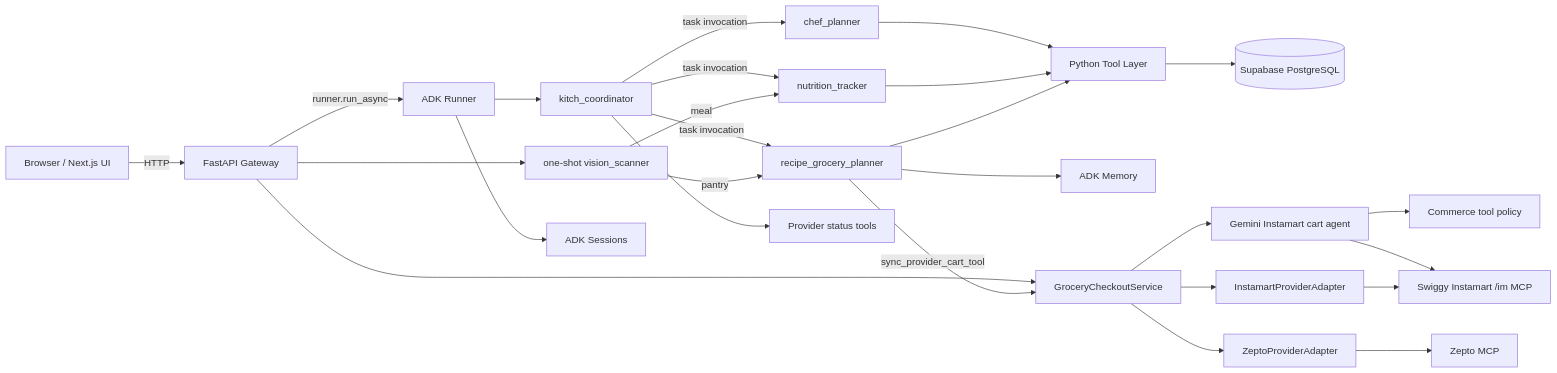
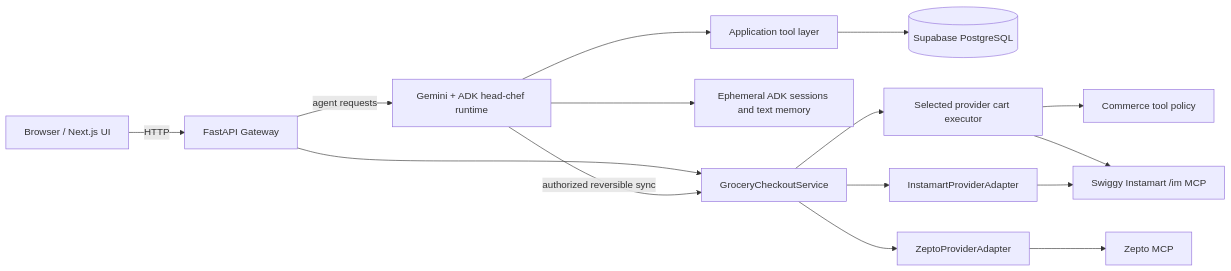
The first of 2 diagrams in docs/system_architecture.md (architworks/meal_and_grocery_agent), drawn with Mermaid before and after one commit. The commit also changed other lines of this file and 9 other files, not shown here.

First line of the commit message:
[Docs] Consolidate architecture and operational documentation

````diff
--- a/docs/system_architecture.md
+++ b/docs/system_architecture.md
@@ -32,31 +31,18 @@
 ```mermaid
 flowchart LR
     Browser[Browser / Next.js UI] -->|HTTP| API[FastAPI Gateway]
-    API -->|runner.run_async| Runner[ADK Runner]
-    Runner --> Coordinator[kitch_coordinator]
-    Coordinator -->|task invocation| Chef[chef_planner]
-    Coordinator -->|task invocation| RecipeGrocery[recipe_grocery_planner]
-    Coordinator -->|task invocation| Nutrition[nutrition_tracker]
-    Coordinator --> ProviderReadTools[Provider status tools]
-    API --> Vision[one-shot vision_scanner]
-    Vision -->|meal| Nutrition
-    Vision -->|pantry| RecipeGrocery
-
-    Chef --> Tools[Python Tool Layer]
-    Nutrition --> Tools
-    RecipeGrocery --> Tools
-
+    API -->|agent requests| AgentRuntime[Gemini + ADK head-chef runtime]
+    AgentRuntime --> Tools[Application tool layer]
     Tools --> Supabase[(Supabase PostgreSQL)]
-    RecipeGrocery --> Memory[ADK Memory]
-    Runner --> Sessions[ADK Sessions]
+    AgentRuntime --> Memory[Ephemeral ADK sessions and text memory]
 
     API --> Checkout[GroceryCheckoutService]
-    RecipeGrocery -->|sync_provider_cart_tool| Checkout
-    Checkout --> InstamartAgent[Gemini Instamart cart agent]
-    InstamartAgent --> ToolPolicy[Commerce tool policy]
-    InstamartAgent --> InstamartMCP[Swiggy Instamart /im MCP]
+    AgentRuntime -->|authorized reversible sync| Checkout
+    Checkout --> ProviderExecutor[Selected provider cart executor]
+    ProviderExecutor --> ToolPolicy[Commerce tool policy]
+    ProviderExecutor --> InstamartMCP[Swiggy Instamart /im MCP]
     Checkout --> ZeptoAdapter[ZeptoProviderAdapter]
     Checkout --> InstamartAdapter[InstamartProviderAdapter]
     ZeptoAdapter --> ZeptoMCP[Zepto MCP]
     InstamartAdapter --> InstamartMCP
 ```
````
